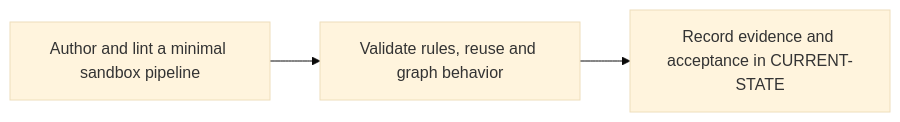
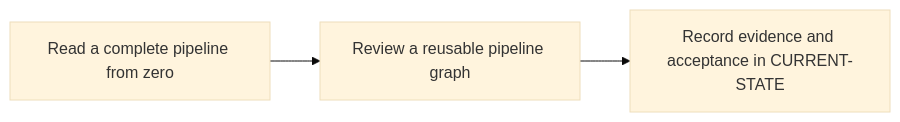
Before and after one commit to cdcdd15/git-runners-rust: the diagram in docs/roadmap/P3.md, drawn with Mermaid (base theme). The commit also changed other lines of this file and 22 other files, not shown here.

Commit message:
docs: complete P0 and adopt a knowledge-first roadmap

````diff
--- a/docs/roadmap/P3.md
+++ b/docs/roadmap/P3.md
@@ -9,5 +9,5 @@
 ```mermaid
 flowchart LR
-    Input["Author and lint a minimal sandbox pipeline"] --> Validation["Validate rules, reuse and graph behavior"]
+    Input["Read a complete pipeline from zero"] --> Validation["Review a reusable pipeline graph"]
     Validation --> Evidence["Record evidence and acceptance in CURRENT-STATE"]
 ```
````
